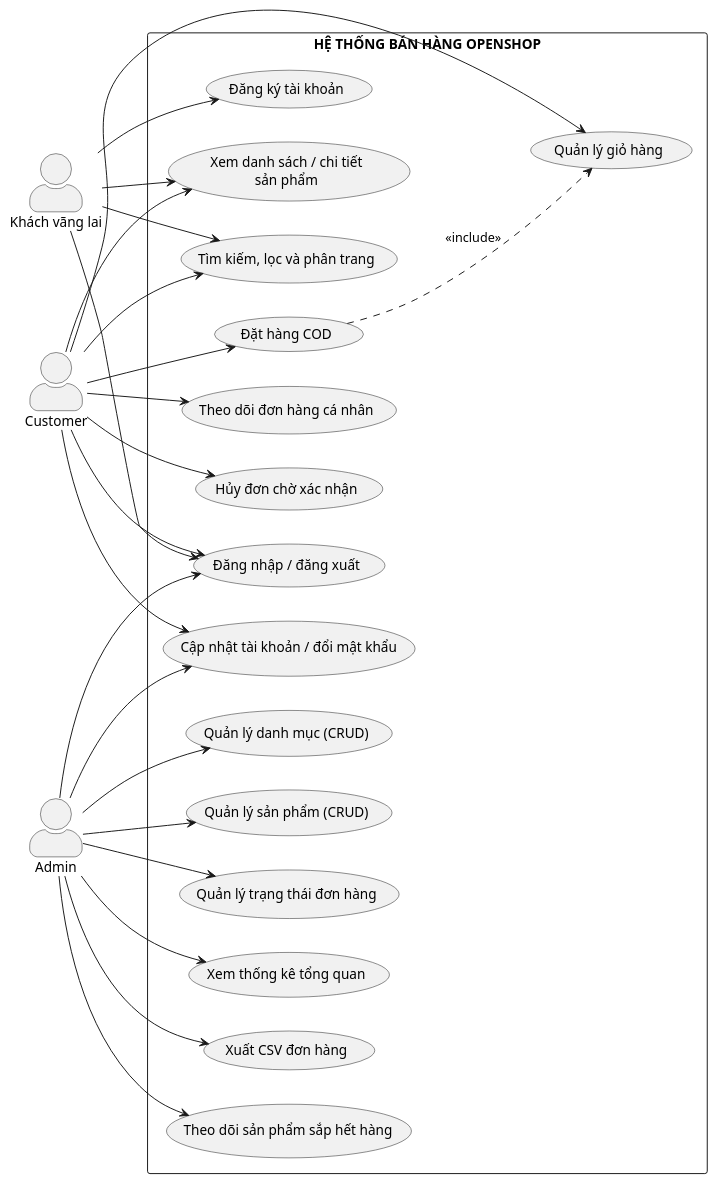
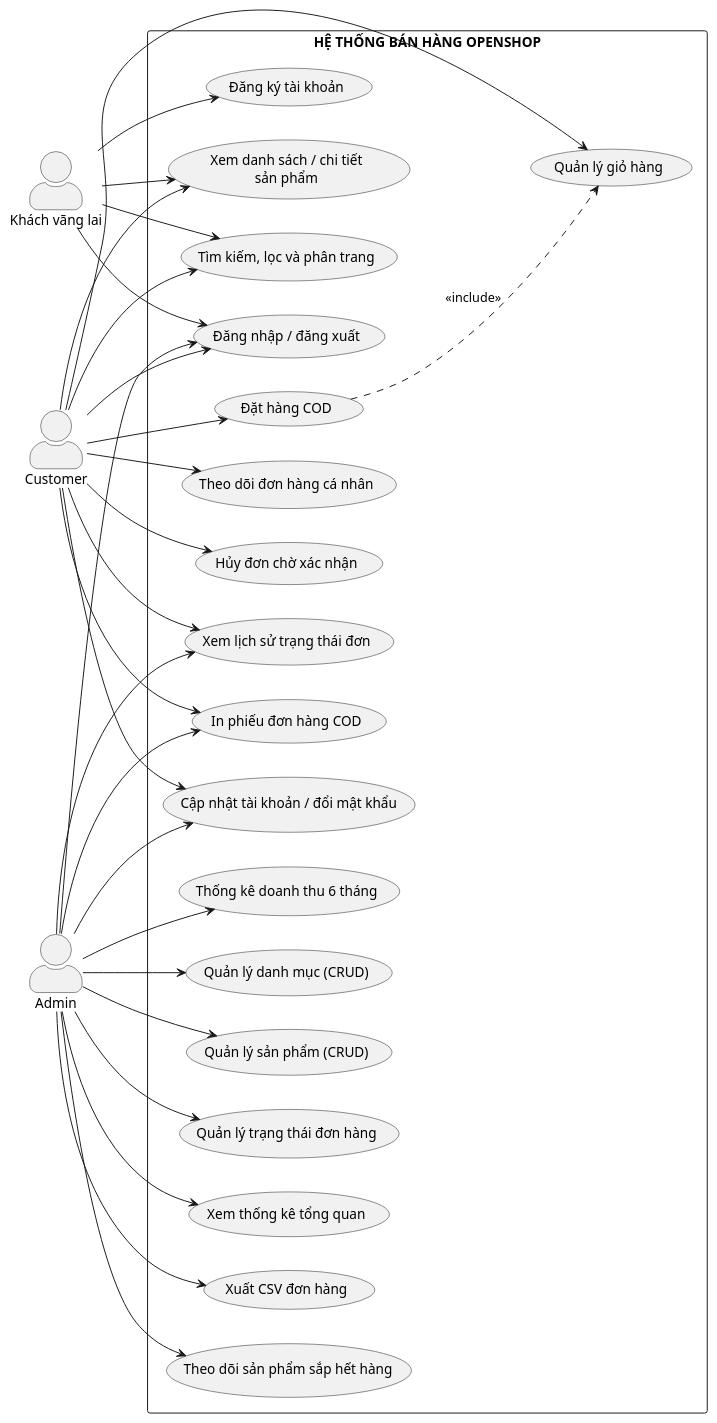
One commit to toanhuynh040805-crypto/MaNguonMo_Toan changed the diagram in docs/03_UseCase.puml. Above: the diagram before and after it, drawn with PlantUML. The commit also changed 8 other files, not shown here.

Commit message:
docs: align ERD and Use Cases with order audit, print receipts, and test plan; add MIT license

```diff
--- a/docs/03_UseCase.puml
+++ b/docs/03_UseCase.puml
@@ -1,51 +1,59 @@
 @startuml
 left to right direction
 skinparam actorStyle awesome
 skinparam packageStyle rectangle
 skinparam shadowing false
 
 actor "Khách vãng lai" as Guest
 actor "Customer" as Customer
 actor "Admin" as Admin
 
 rectangle "HỆ THỐNG BÁN HÀNG OPENSHOP" {
   usecase "Xem danh sách / chi tiết\nsản phẩm" as UC1
   usecase "Tìm kiếm, lọc và phân trang" as UC2
   usecase "Đăng ký tài khoản" as UC3
   usecase "Đăng nhập / đăng xuất" as UC4
   usecase "Quản lý giỏ hàng" as UC5
   usecase "Đặt hàng COD" as UC6
   usecase "Theo dõi đơn hàng cá nhân" as UC7
   usecase "Hủy đơn chờ xác nhận" as UC8
   usecase "Quản lý danh mục (CRUD)" as UC9
   usecase "Quản lý sản phẩm (CRUD)" as UC10
   usecase "Quản lý trạng thái đơn hàng" as UC11
   usecase "Xem thống kê tổng quan" as UC12
   usecase "Cập nhật tài khoản / đổi mật khẩu" as UC13
   usecase "Xuất CSV đơn hàng" as UC14
   usecase "Theo dõi sản phẩm sắp hết hàng" as UC15
+  usecase "In phiếu đơn hàng COD" as UC16
+  usecase "Xem lịch sử trạng thái đơn" as UC17
+  usecase "Thống kê doanh thu 6 tháng" as UC18
 }
 
 Guest --> UC1
 Guest --> UC2
 Guest --> UC3
 Guest --> UC4
 Customer --> UC1
 Customer --> UC2
 Customer --> UC4
 Customer --> UC5
 Customer --> UC6
 Customer --> UC7
 Customer --> UC8
 Customer --> UC13
+Customer --> UC16
+Customer --> UC17
 Admin --> UC4
 Admin --> UC13
 Admin --> UC9
 Admin --> UC10
 Admin --> UC11
 Admin --> UC12
 Admin --> UC14
 Admin --> UC15
+Admin --> UC16
+Admin --> UC17
+Admin --> UC18
 
 UC6 ..> UC5 : <<include>>
 @enduml
```
